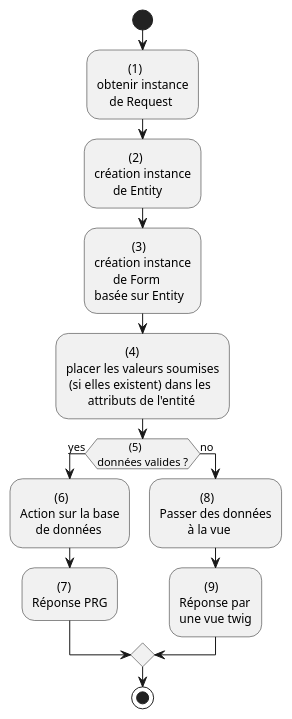
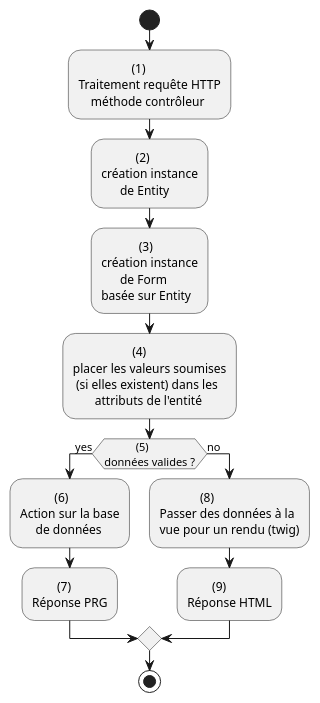
The diagram in src/docs/asciidoc/_symfony-chap06-formulaire.adoc (ldv-melun/symfony), drawn with PlantUML before and after one commit. The commit also changed other lines of this file and 6 other files, not shown here.

```diff
--- a/src/docs/asciidoc/_symfony-chap06-formulaire.adoc
+++ b/src/docs/asciidoc/_symfony-chap06-formulaire.adoc
@@ -59,17 +59,17 @@
 [plantuml, algo-form, png]
 ----
 start
-:          (1)\nobtenir instance\n    de Request;
+:                 (1)\nTraitement requête HTTP\n    méthode contrôleur;
 :           (2)\ncréation instance\n      de Entity;
 :            (3)\ncréation instance\n      de Form\nbasée sur Entity;
 :                   (4)\nplacer les valeurs soumises\n (si elles existent) dans les\n       attributs de l'entité;
 if (           (5)\ndonnées valides ?) then (yes)
   :           (6)\nAction sur la base\n     de données;
   :        (7)\nRéponse PRG;
 else (no)
-  :             (8)\nPasser des données\n         à la vue;
-  :        (9)\nRéponse par\nune vue twig;
+  :             (8)\nPasser des données à la\nvue pour un rendu (twig);
+  :        (9)\nRéponse HTML;
 endif
 
 stop
 ----
```
